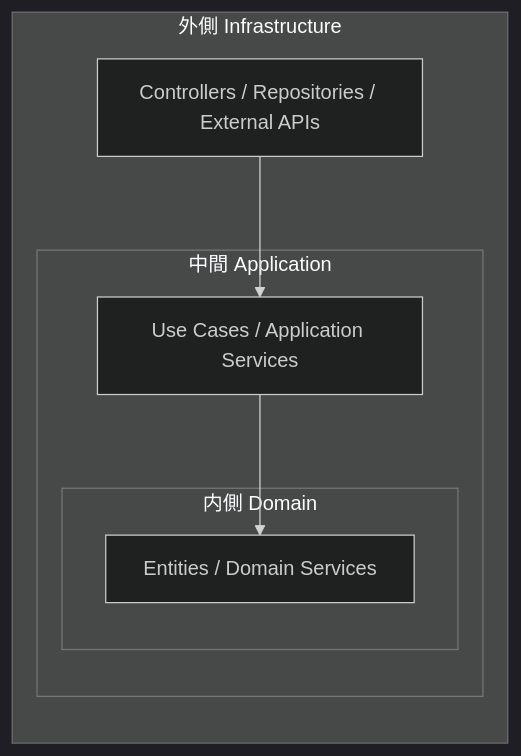
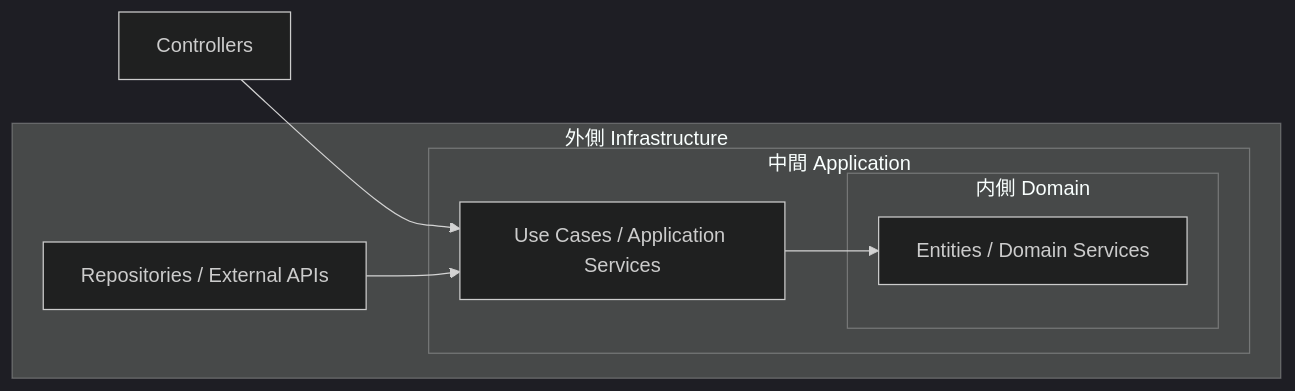
The second of 3 diagrams in document/Architecture.md (tdiccccc/task_sync), drawn with Mermaid (dark theme) before and after one commit. The commit also changed other lines of this file and 1 other file, not shown here.

````diff
--- a/document/Architecture.md
+++ b/document/Architecture.md
@@ -56,14 +56,16 @@
 ```mermaid
 graph LR
     subgraph Outer["外側 Infrastructure"]
         subgraph Middle["中間 Application"]
             subgraph Inner["内側 Domain"]
                 Core[Entities / Domain Services]
             end
             App[Use Cases / Application Services]
         end
-        Infra[Controllers / Repositories / External APIs]
+        Infra[Repositories / External APIs]
     end
+    Pres[Controllers]
 
+    Pres --> App
     Infra --> App --> Core
 ```
````
